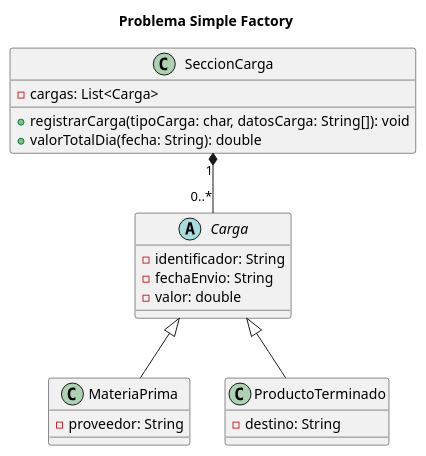
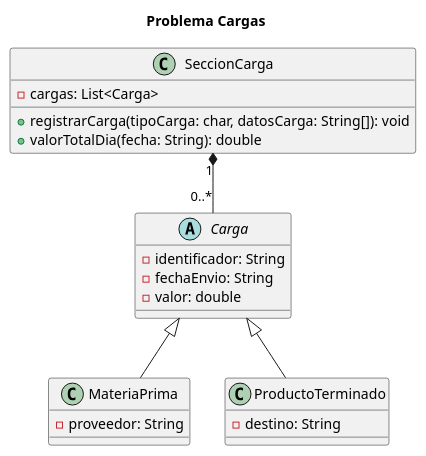
The diagram in .partials/factory/simple/problema.plantuml (OverCV/PatronesSoftware), drawn with PlantUML before and after one commit. The commit also changed 18 other files, not shown here.

```diff
--- a/.partials/factory/simple/problema.plantuml
+++ b/.partials/factory/simple/problema.plantuml
@@ -1,29 +1,29 @@
 @startuml Programa de carga
 
-title Problema Simple Factory
+title Problema Cargas
 
 abstract class Carga {
     - identificador: String
     - fechaEnvio: String
     - valor: double
 }
 
 class MateriaPrima {
     - proveedor: String
 }
 
 class ProductoTerminado {
     - destino: String
 }
 
 class SeccionCarga {
     - cargas: List<Carga>
     + registrarCarga(tipoCarga: char, datosCarga: String[]): void
     + valorTotalDia(fecha: String): double
 }
 
 Carga <|-- MateriaPrima
 Carga <|-- ProductoTerminado
 SeccionCarga "1" *-- "0..*" Carga
 
 @enduml
```
